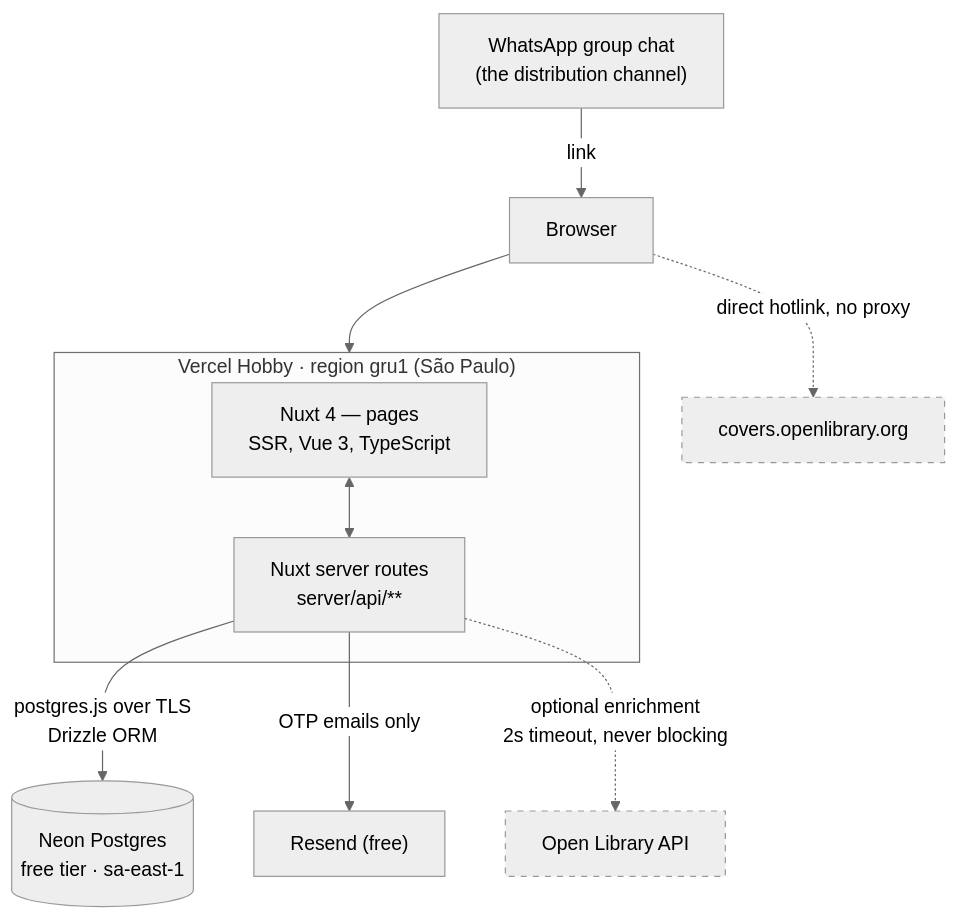
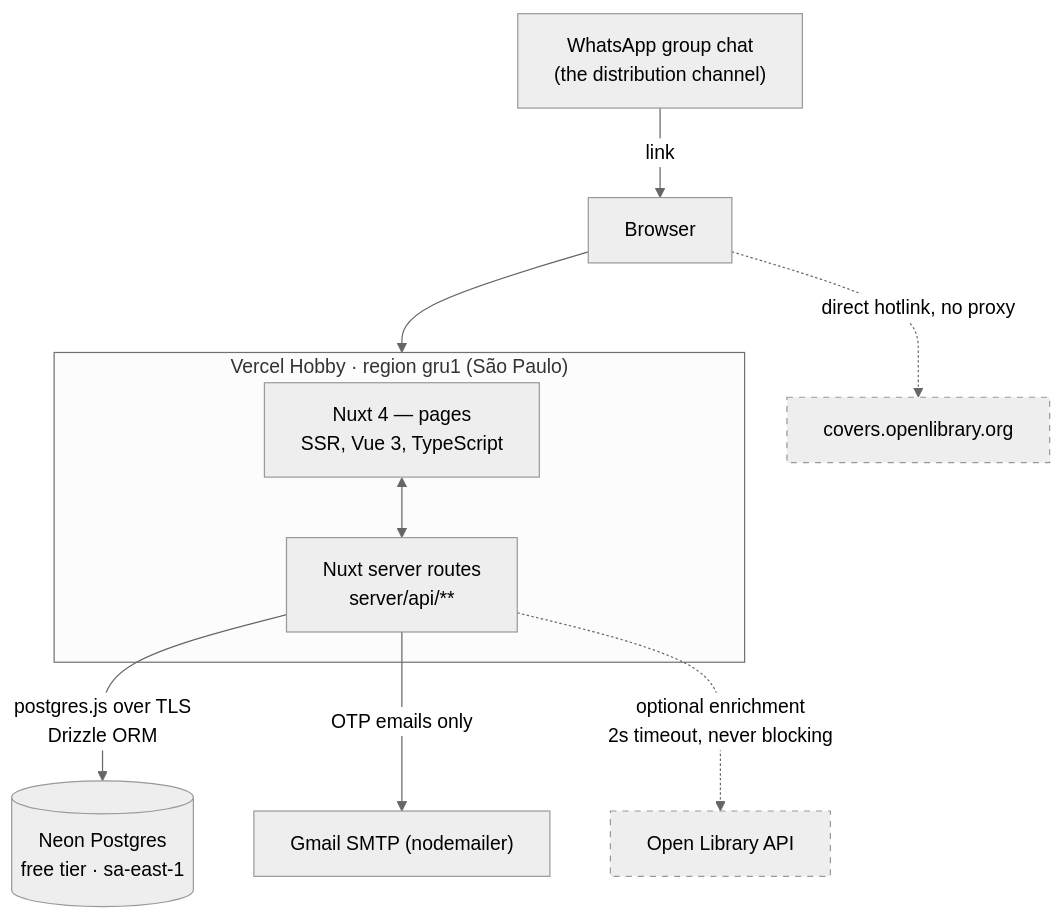
The diagram in docs/architecture.md (Dtma20/meus-livros), drawn with Mermaid (neutral theme) before and after one commit. The commit also changed other lines of this file and 19 other files, not shown here.

````diff
--- a/docs/architecture.md
+++ b/docs/architecture.md
@@ -9,19 +9,19 @@
 ```mermaid
 flowchart TB
     W["WhatsApp group chat<br/>(the distribution channel)"] -->|link| B[Browser]
     B --> V
 
     subgraph V["Vercel Hobby · region gru1 (São Paulo)"]
       P["Nuxt 4 — pages<br/>SSR, Vue 3, TypeScript"]
       A["Nuxt server routes<br/>server/api/**"]
       P <--> A
     end
 
     A -->|"postgres.js over TLS<br/>Drizzle ORM"| N[("Neon Postgres<br/>free tier · sa-east-1")]
-    A -->|"OTP emails only"| R["Resend (free)"]
+    A -->|"OTP emails only"| R["Gmail SMTP (nodemailer)"]
     A -.->|"optional enrichment<br/>2s timeout, never blocking"| OL["Open Library API"]
     B -.->|"direct hotlink, no proxy"| C["covers.openlibrary.org"]
 
     style OL stroke-dasharray: 5 5
     style C stroke-dasharray: 5 5
 ```
````
